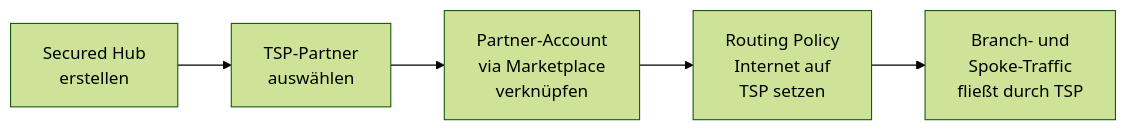
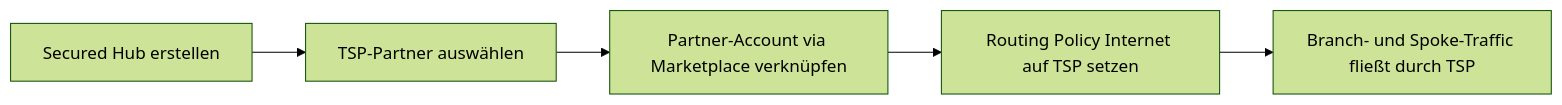
The third of 3 diagrams in Microsoft 365/Azure/Sicherheit/Azure Firewall Manager.md (SoniiiT/notes-n-docs), drawn with Mermaid (forest theme) before and after one commit. The commit also changed other lines of this file and 124 other files, not shown here.

First line of the commit message:
fix: Entferne \n aus allen Mermaid-Diagrammen (125 Dateien)

````diff
--- a/Microsoft 365/Azure/Sicherheit/Azure Firewall Manager.md
+++ b/Microsoft 365/Azure/Sicherheit/Azure Firewall Manager.md
@@ -230,7 +230,7 @@
 ```mermaid
 graph LR
-    A["Secured Hub\nerstellen"] --> B["TSP-Partner\nauswählen"]
-    B --> C["Partner-Account\nvia Marketplace\nverknüpfen"]
-    C --> D["Routing Policy\nInternet auf\nTSP setzen"]
-    D --> E["Branch- und\nSpoke-Traffic\nfließt durch TSP"]
+    A["Secured Hub erstellen"] --> B["TSP-Partner auswählen"]
+    B --> C["Partner-Account via Marketplace verknüpfen"]
+    C --> D["Routing Policy Internet auf TSP setzen"]
+    D --> E["Branch- und Spoke-Traffic fließt durch TSP"]
 ```
````
